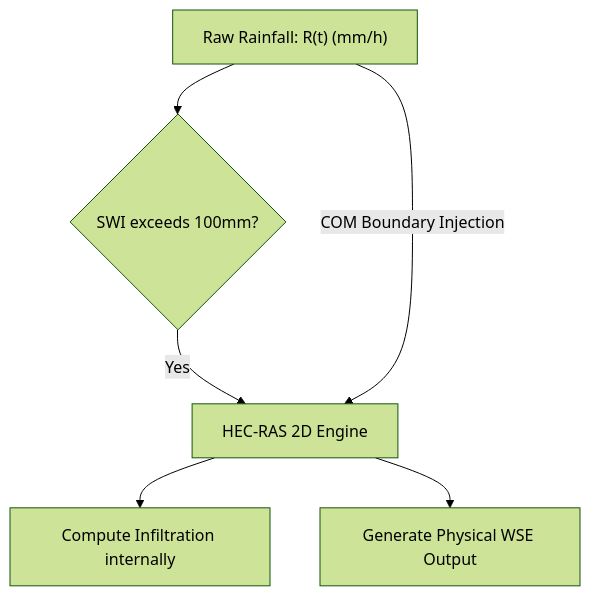
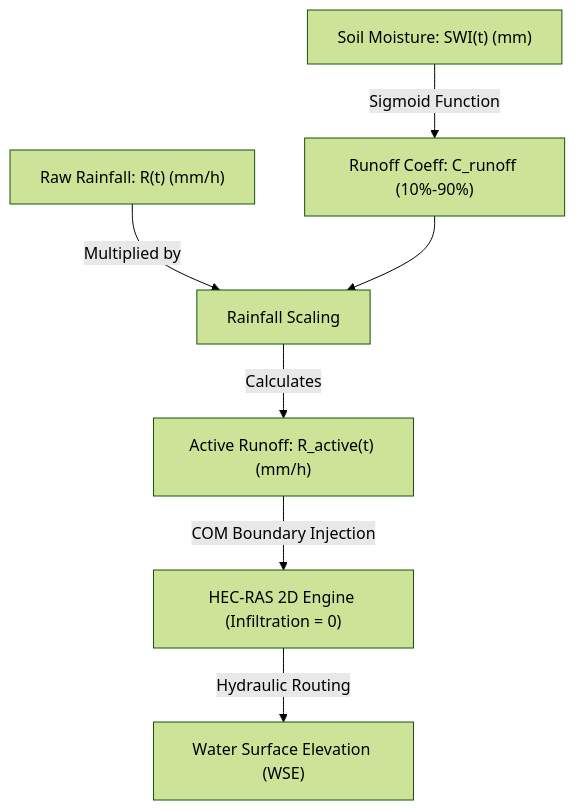
The fourth of 10 diagrams in report/drafts/final_report_template.md (tinluan/railway-flood-twin), drawn with Mermaid (forest theme) before and after one commit. The commit also changed other lines of this file and 1 other file, not shown here.

Commit message:
docs: replace basic sigmoid plot with highly-annotated conceptual zones chart in the report

````diff
--- a/report/drafts/final_report_template.md
+++ b/report/drafts/final_report_template.md
@@ -292,8 +293,9 @@
 ```mermaid
 graph TD
-    Raw["Raw Rainfall: R(t) (mm/h)"] --> SWI{"SWI exceeds 100mm?"}
-    SWI -- Yes --> HECRAS["HEC-RAS 2D Engine"]
-    Raw -->|COM Boundary Injection| HECRAS
-    HECRAS --> Infiltration["Compute Infiltration internally"]
-    HECRAS --> WSE["Generate Physical WSE Output"]
+    Raw["Raw Rainfall: R(t) (mm/h)"] -->|Multiplied by| Scale["Rainfall Scaling"]
+    SWI["Soil Moisture: SWI(t) (mm)"] -->|Sigmoid Function| Runoff["Runoff Coeff: C_runoff (10%-90%)"]
+    Runoff --> Scale
+    Scale -->|Calculates| Active["Active Runoff: R_active(t) (mm/h)"]
+    Active -->|COM Boundary Injection| HECRAS["HEC-RAS 2D Engine (Infiltration = 0)"]
+    HECRAS -->|Hydraulic Routing| WSE["Water Surface Elevation (WSE)"]
 ```
````
